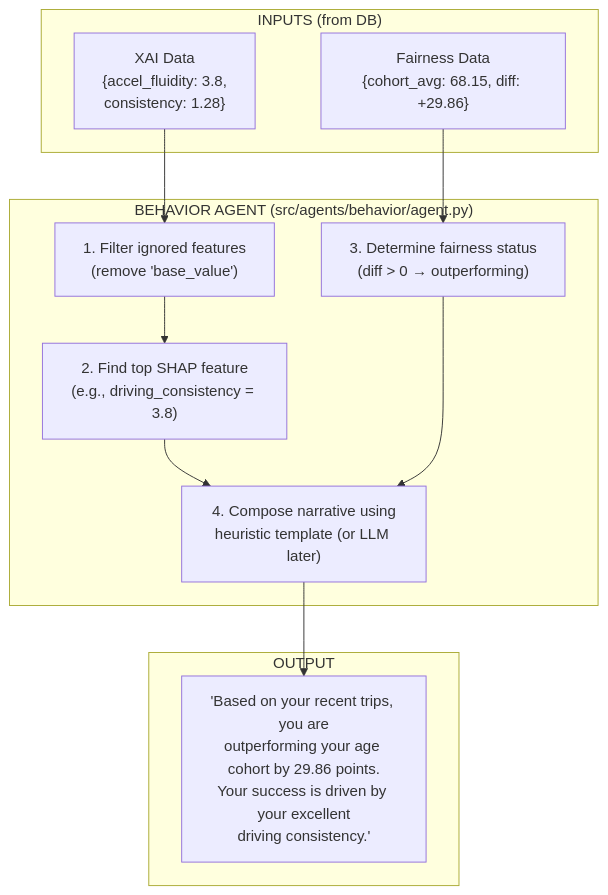
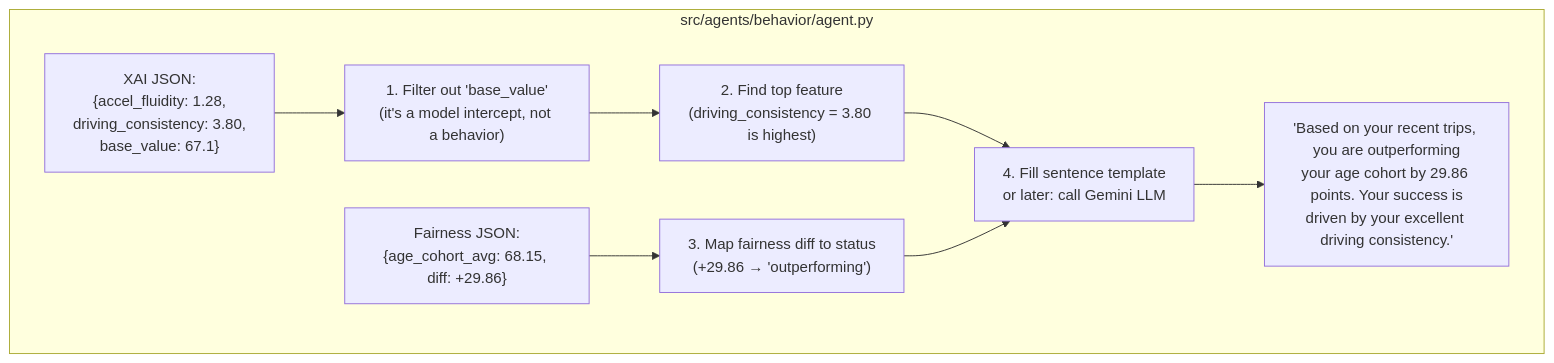
Before and after one commit to Project-Be-Better/learning-ml: diagram 12 of 16 in docs/ml_pipeline_guide.md, drawn with Mermaid. The commit also changed other lines of this file, not shown here.

````diff
--- a/docs/ml_pipeline_guide.md
+++ b/docs/ml_pipeline_guide.md
@@ -305,24 +283,20 @@
 ```mermaid
 flowchart TD
-    subgraph "INPUTS (from DB)"
-        XAI["XAI Data\n{accel_fluidity: 3.8,\n consistency: 1.28}"]
-        FAIR["Fairness Data\n{cohort_avg: 68.15, diff: +29.86}"]
+    subgraph "src/agents/behavior/agent.py"
+        IN1["XAI JSON:\n{accel_fluidity: 1.28,\n driving_consistency: 3.80,\n base_value: 67.1}"]
+        IN2["Fairness JSON:\n{age_cohort_avg: 68.15, diff: +29.86}"]
+
+        S1["1. Filter out 'base_value'\n(it's a model intercept, not a behavior)"]
+        S2["2. Find top feature\n(driving_consistency = 3.80 is highest)"]
+        S3["3. Map fairness diff to status\n(+29.86 → 'outperforming')"]
+        S4["4. Fill sentence template\nor later: call Gemini LLM"]
+
+        OUT["'Based on your recent trips, you are outperforming\nyour age cohort by 29.86 points. Your success is\ndriven by your excellent driving consistency.'"]
     end
 
-    subgraph "BEHAVIOR AGENT (src/agents/behavior/agent.py)"
-        B1["1. Filter ignored features\n(remove 'base_value')"]
-        B2["2. Find top SHAP feature\n(e.g., driving_consistency = 3.8)"]
-        B3["3. Determine fairness status\n(diff > 0 → outperforming)"]
-        B4["4. Compose narrative using\nheuristic template (or LLM later)"]
-    end
-
-    subgraph "OUTPUT"
-        NAR["'Based on your recent trips, you are\noutperforming your age cohort by 29.86 points.\nYour success is driven by your excellent\ndriving consistency.'"]
-    end
-
-    XAI --> B1 --> B2
-    FAIR --> B3
-    B2 --> B4
-    B3 --> B4
-    B4 --> NAR
+    IN1 --> S1 --> S2
+    IN2 --> S3
+    S2 --> S4
+    S3 --> S4
+    S4 --> OUT
 ```
````
